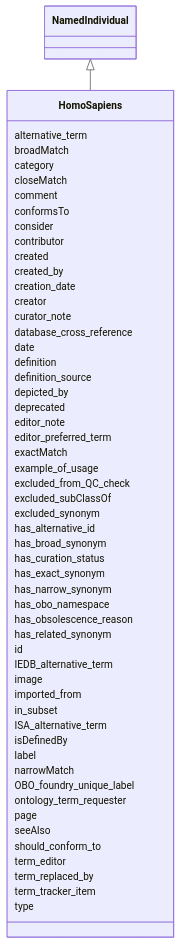
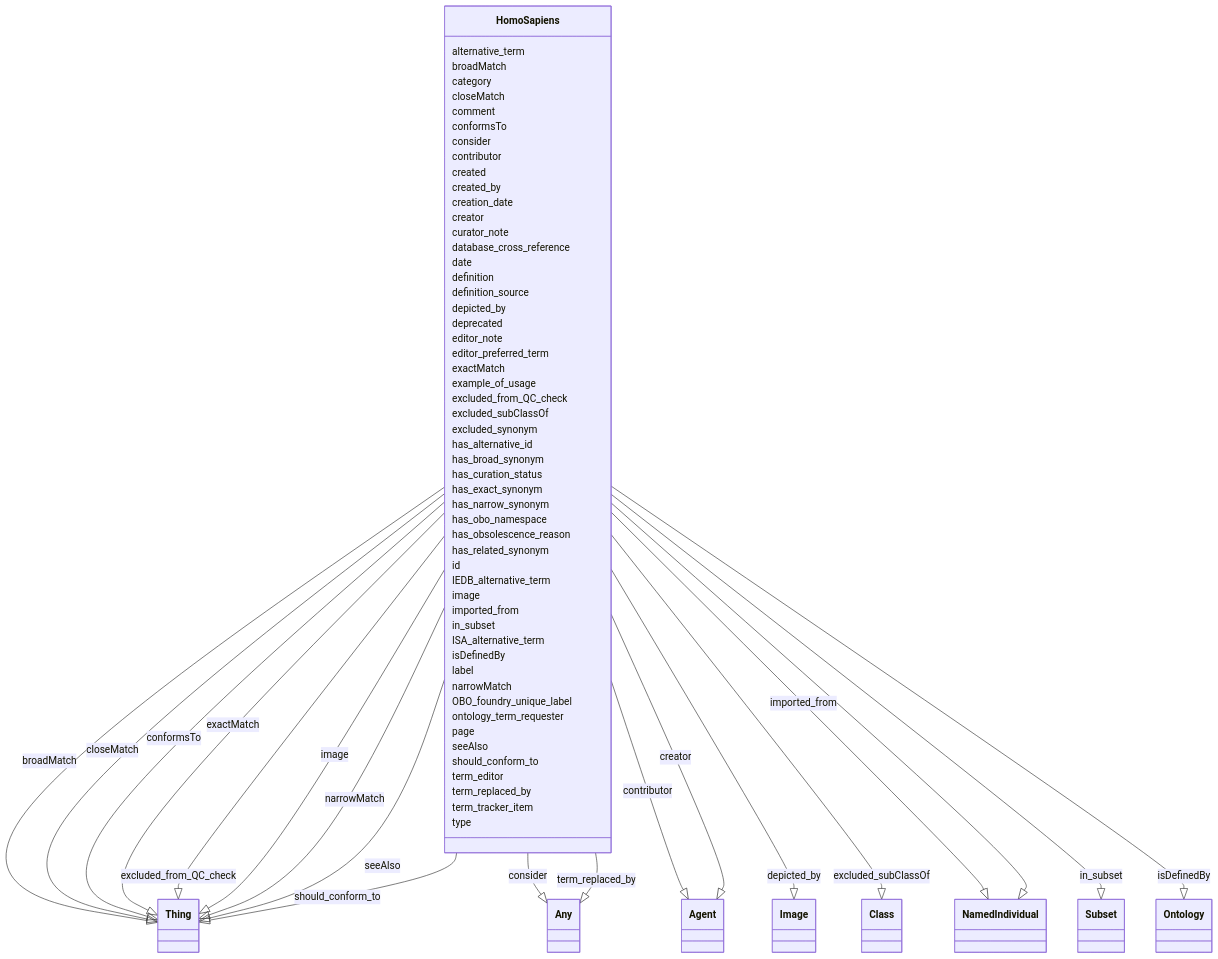
Before and after one commit to cthoyt/ontology-access-kit: the diagram in ontology-metadata/HomoSapiens.md, drawn with Mermaid. The commit also changed other lines of this file and 3287 other files, not shown here.

````diff
--- a/ontology-metadata/HomoSapiens.md
+++ b/ontology-metadata/HomoSapiens.md
@@ -14,56 +17,144 @@
       NamedIndividual <|-- HomoSapiens
       
       HomoSapiens : alternative_term
+        
       HomoSapiens : broadMatch
+        
+          HomoSapiens --|> Thing : broadMatch
+        
       HomoSapiens : category
+        
       HomoSapiens : closeMatch
+        
+          HomoSapiens --|> Thing : closeMatch
+        
       HomoSapiens : comment
+        
       HomoSapiens : conformsTo
+        
+          HomoSapiens --|> Thing : conformsTo
+        
       HomoSapiens : consider
+        
+          HomoSapiens --|> Any : consider
+        
       HomoSapiens : contributor
+        
+          HomoSapiens --|> Agent : contributor
+        
       HomoSapiens : created
+        
       HomoSapiens : created_by
+        
       HomoSapiens : creation_date
+        
       HomoSapiens : creator
+        
+          HomoSapiens --|> Agent : creator
+        
       HomoSapiens : curator_note
+        
       HomoSapiens : database_cross_reference
+        
       HomoSapiens : date
+        
       HomoSapiens : definition
+        
       HomoSapiens : definition_source
+        
       HomoSapiens : depicted_by
+        
+          HomoSapiens --|> Image : depicted_by
+        
       HomoSapiens : deprecated
+        
       HomoSapiens : editor_note
+        
       HomoSapiens : editor_preferred_term
+        
       HomoSapiens : exactMatch
+        
+          HomoSapiens --|> Thing : exactMatch
+        
       HomoSapiens : example_of_usage
+        
       HomoSapiens : excluded_from_QC_check
+        
+          HomoSapiens --|> Thing : excluded_from_QC_check
+        
       HomoSapiens : excluded_subClassOf
+        
+          HomoSapiens --|> Class : excluded_subClassOf
+        
       HomoSapiens : excluded_synonym
+        
       HomoSapiens : has_alternative_id
+        
       HomoSapiens : has_broad_synonym
+        
       HomoSapiens : has_curation_status
+        
       HomoSapiens : has_exact_synonym
+        
       HomoSapiens : has_narrow_synonym
+        
       HomoSapiens : has_obo_namespace
+        
       HomoSapiens : has_obsolescence_reason
+        
       HomoSapiens : has_related_synonym
+        
       HomoSapiens : id
+        
       HomoSapiens : IEDB_alternative_term
+        
       HomoSapiens : image
+        
+          HomoSapiens --|> Thing : image
+        
       HomoSapiens : imported_from
+        
+          HomoSapiens --|> NamedIndividual : imported_from
+        
       HomoSapiens : in_subset
+        
+          HomoSapiens --|> Subset : in_subset
+        
       HomoSapiens : ISA_alternative_term
+        
       HomoSapiens : isDefinedBy
+        
+          HomoSapiens --|> Ontology : isDefinedBy
+        
       HomoSapiens : label
+        
       HomoSapiens : narrowMatch
+        
+          HomoSapiens --|> Thing : narrowMatch
+        
       HomoSapiens : OBO_foundry_unique_label
+        
       HomoSapiens : ontology_term_requester
+        
       HomoSapiens : page
+        
       HomoSapiens : seeAlso
+        
+          HomoSapiens --|> Thing : seeAlso
+        
       HomoSapiens : should_conform_to
+        
+          HomoSapiens --|> Thing : should_conform_to
+        
       HomoSapiens : term_editor
+        
       HomoSapiens : term_replaced_by
+        
+          HomoSapiens --|> Any : term_replaced_by
+        
       HomoSapiens : term_tracker_item
+        
       HomoSapiens : type
+        
       
 ```
````
